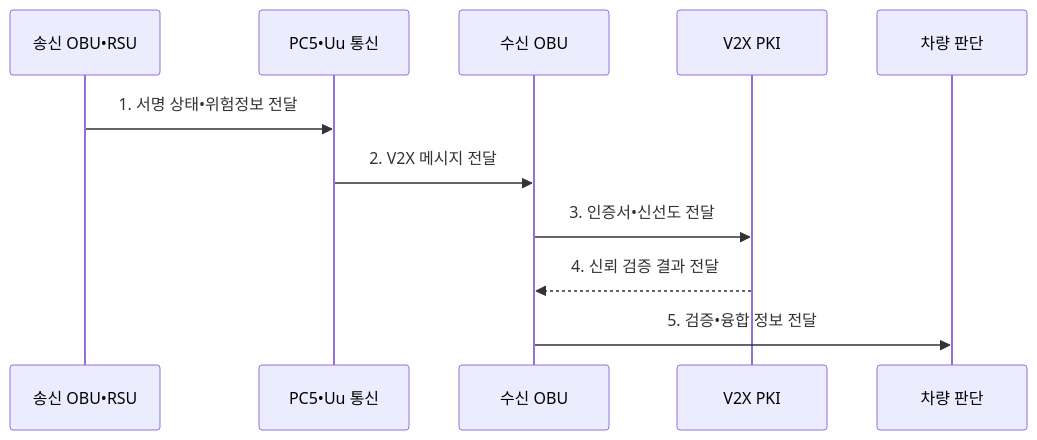
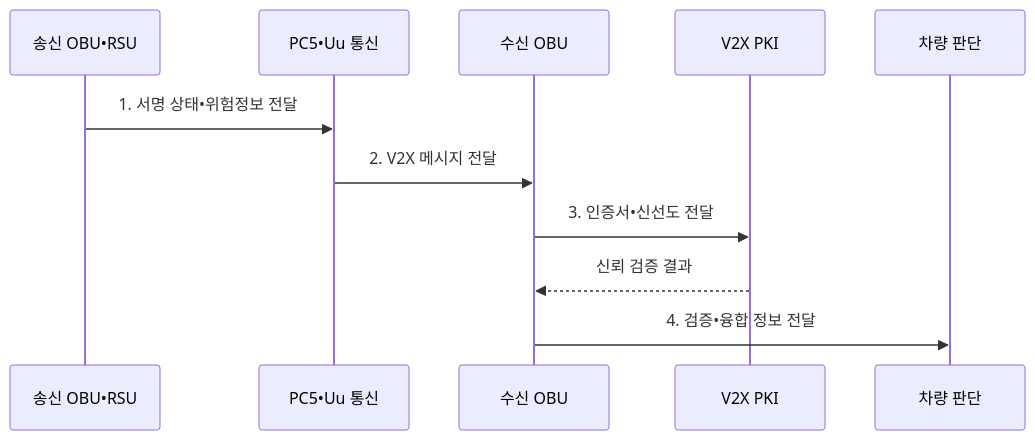
One commit to agnusdei1207/knowledge-base changed the second of 2 diagrams in src/content/docs/notes/08-latest-tech/207_v2x_vehicle_to_everything.md. Above: the diagram before and after it, drawn with Mermaid. The commit also changed other lines of this file and 20 other files, not shown here.

````diff
--- a/src/content/docs/notes/08-latest-tech/207_v2x_vehicle_to_everything.md
+++ b/src/content/docs/notes/08-latest-tech/207_v2x_vehicle_to_everything.md
@@ -102,13 +106,13 @@
 ```mermaid
 sequenceDiagram
     participant S as 송신 OBU•RSU
     participant P as PC5•Uu 통신
     participant R as 수신 OBU
     participant K as V2X PKI
     participant V as 차량 판단
     S->>P: 1. 서명 상태•위험정보 전달
     P->>R: 2. V2X 메시지 전달
     R->>K: 3. 인증서•신선도 전달
-    K-->>R: 4. 신뢰 검증 결과 전달
-    R->>V: 5. 검증•융합 정보 전달
+    K-->>R: 신뢰 검증 결과
+    R->>V: 4. 검증•융합 정보 전달
 ```
````
